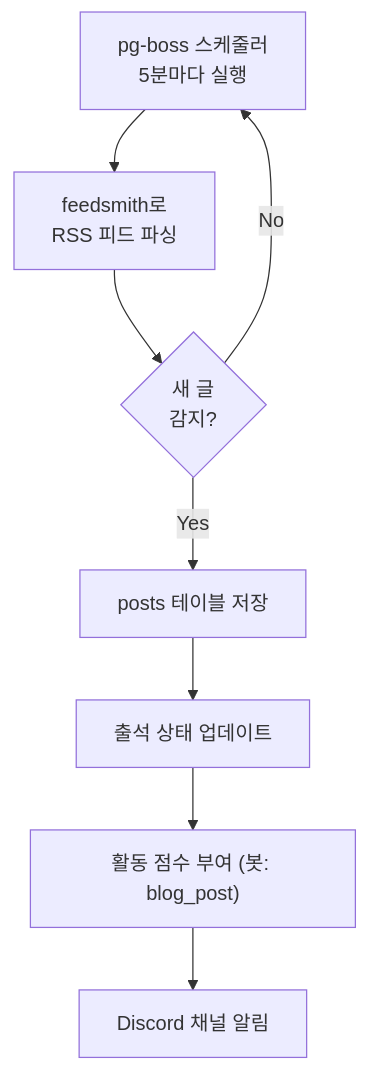
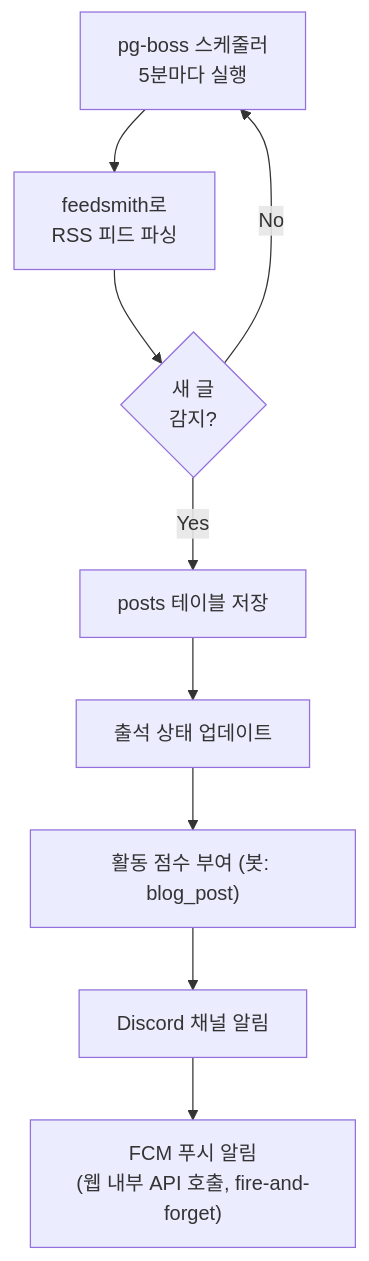
The fifth of 9 diagrams in docs/ARCHITECTURE.md (bbbang105/study-admin), drawn with Mermaid before and after one commit. The commit also changed other lines of this file and 11 other files, not shown here.

````diff
--- a/docs/ARCHITECTURE.md
+++ b/docs/ARCHITECTURE.md
@@ -212,10 +213,11 @@
 ```mermaid
 flowchart TD
     A["pg-boss 스케줄러<br/>5분마다 실행"] --> B["feedsmith로<br/>RSS 피드 파싱"]
     B --> C{"새 글<br/>감지?"}
     C -->|No| A
     C -->|Yes| D["posts 테이블 저장"]
     D --> E["출석 상태 업데이트"]
     E --> F["활동 점수 부여 (봇: blog_post)"]
     F --> G["Discord 채널 알림"]
+    G --> H["FCM 푸시 알림<br/>(웹 내부 API 호출, fire-and-forget)"]
 ```
````
